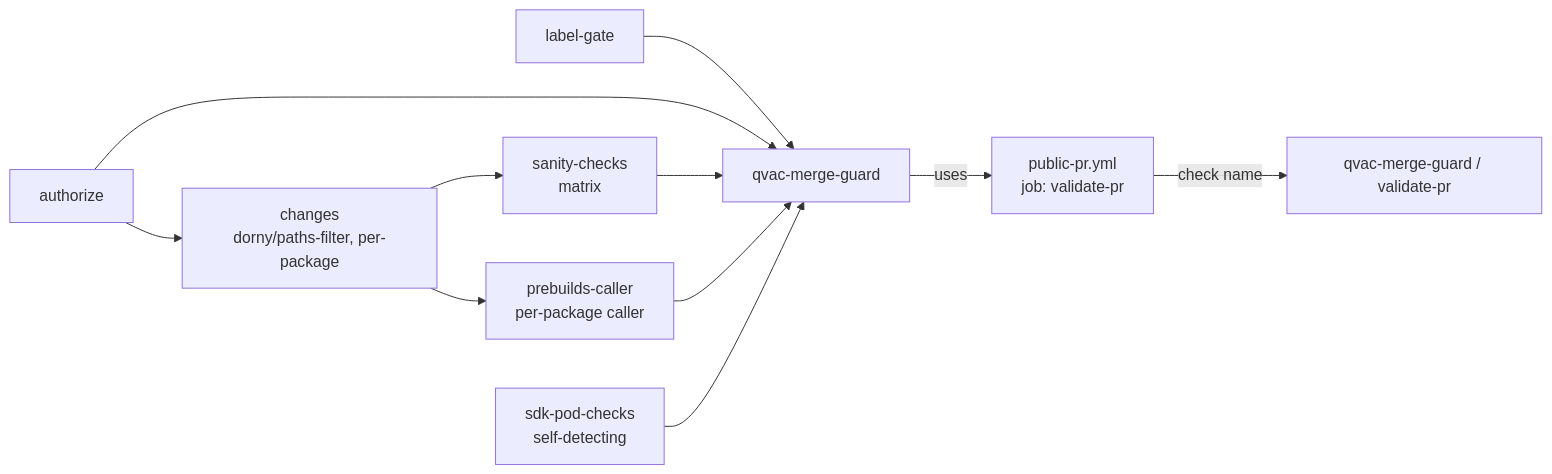
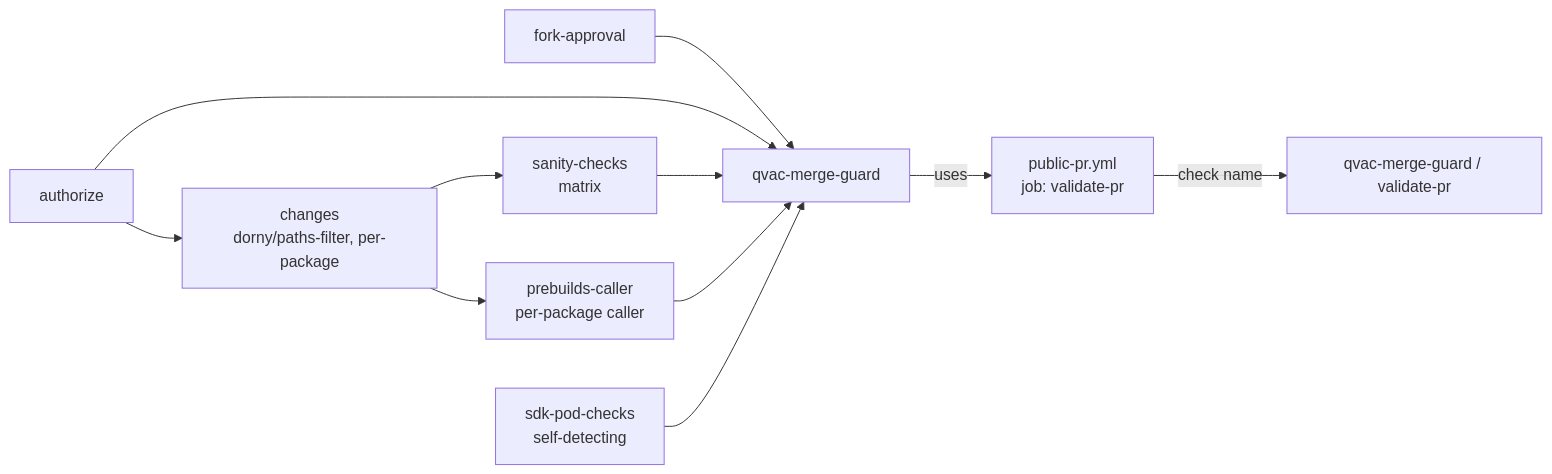
The diagram in docs/ci/MERGE-GUARD.md (Zbig9000/qvac), drawn with Mermaid before and after one commit. The commit also changed other lines of this file and 124 other files, not shown here.

First line of the commit message:
QVAC-22799 infra: retire label-gate; fork-ci is the sole fork trust gate (#3518)

````diff
--- a/docs/ci/MERGE-GUARD.md
+++ b/docs/ci/MERGE-GUARD.md
@@ -27,13 +27,13 @@
 ```mermaid
 flowchart LR
-    LG[label-gate] --> QMG[qvac-merge-guard]
+    FA[fork-approval] --> QMG[qvac-merge-guard]
     AUTH[authorize] --> QMG
     AUTH --> CHANGES[changes<br/>dorny/paths-filter, per-package]
     CHANGES --> SC[sanity-checks<br/>matrix]
     CHANGES --> PC[prebuilds-caller<br/>per-package caller]
     SC --> QMG
     PC --> QMG
     SDK[sdk-pod-checks<br/>self-detecting] --> QMG
     QMG -->|uses| PP[public-pr.yml<br/>job: validate-pr]
     PP -->|check name| CHK["qvac-merge-guard / validate-pr"]
 ```
````
